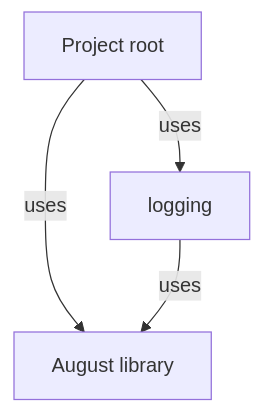
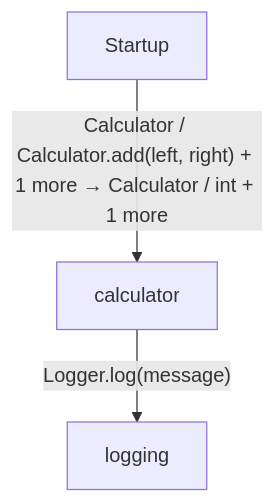
One commit to GreenPandaStudios/augscript changed the first of 2 diagrams in docs/examples/developer-workflow/diagrams/index.md. Above: the diagram before and after it, drawn with Mermaid. The commit also changed other lines of this file and 524 other files, not shown here.

Commit message:
Explain checked data flow at folder and service levels

````diff
--- a/docs/examples/developer-workflow/diagrams/index.md
+++ b/docs/examples/developer-workflow/diagrams/index.md
@@ -21,9 +19,8 @@
 ```mermaid
 flowchart TD
-    n0["August library"]
-    n1["Project root"]
-    n2["logging"]
-    n1 -->|"uses"| n0
-    n1 -->|"uses"| n2
-    n2 -->|"uses"| n0
+    n0["calculator"]
+    n1["logging"]
+    n2["Startup"]
+    n0 -->|"Logger.log(message)"| n1
+    n2 -->|"Calculator / Calculator.add(left, right) + 1 more → Calculator / int + 1 more"| n0
 ```
````
